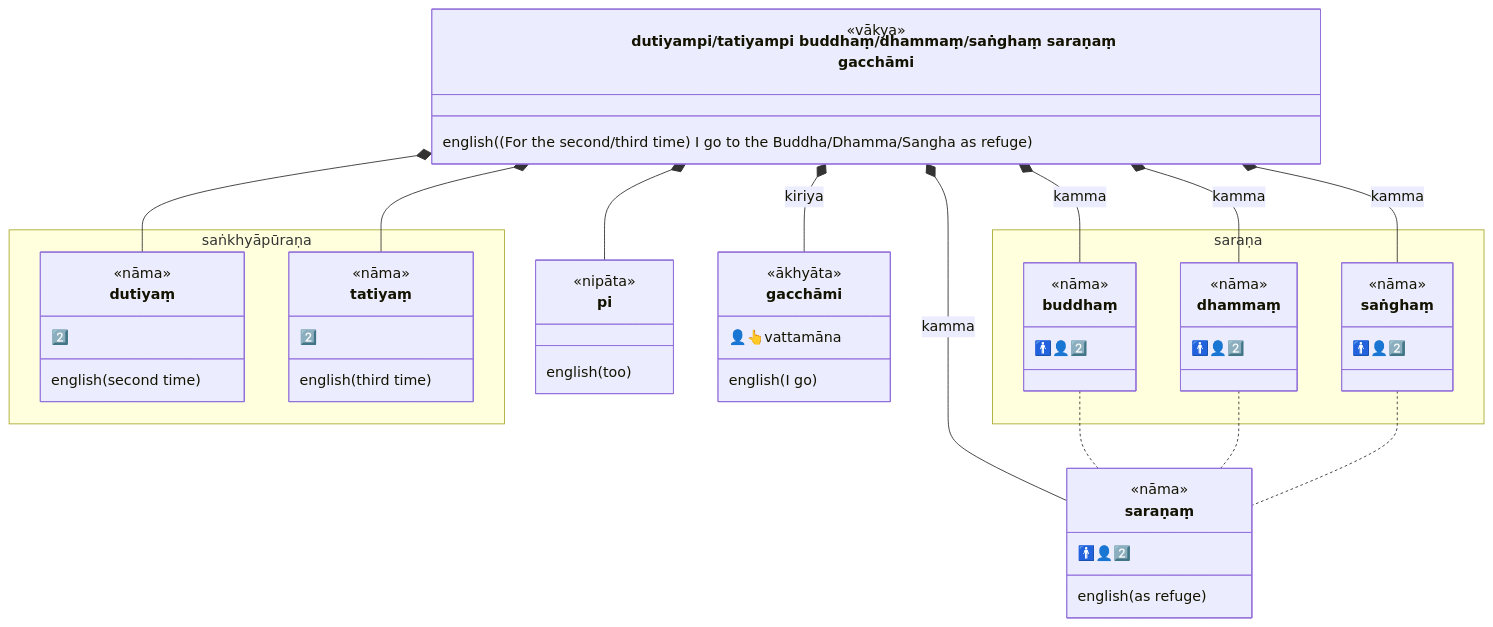
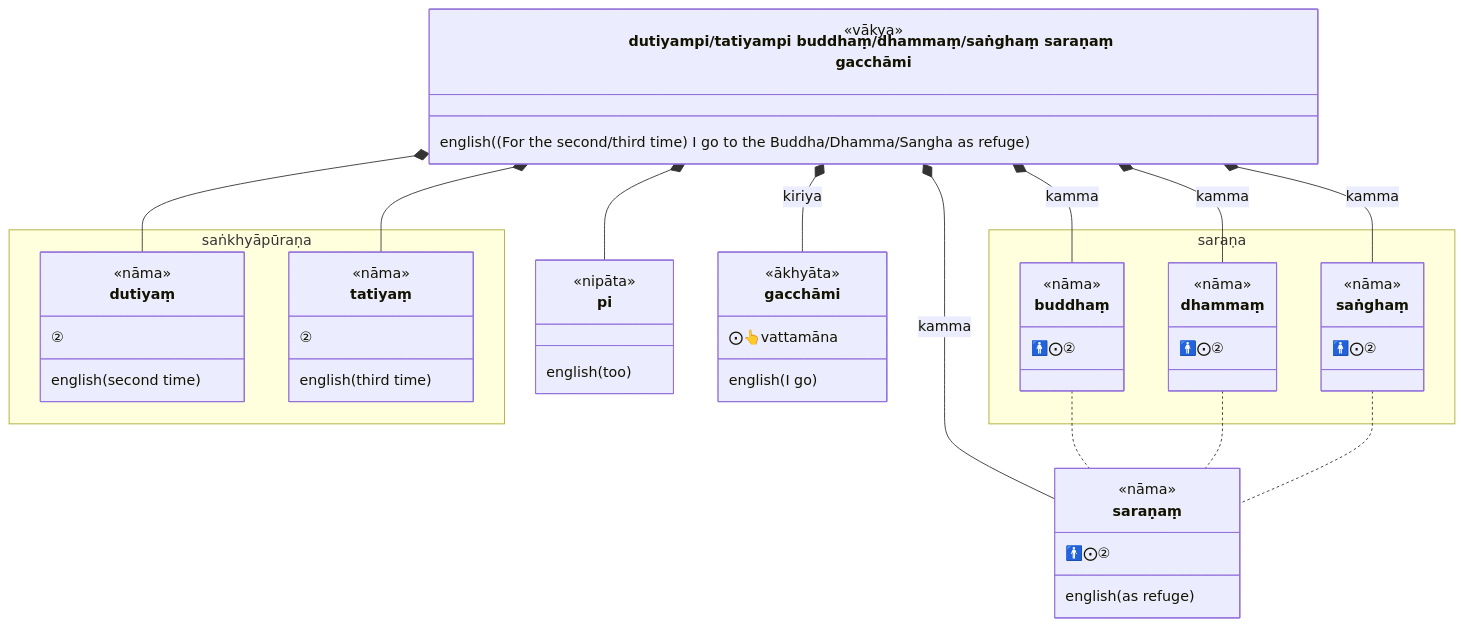
One commit to ChristineTham/buddhavacana changed the first of 3 diagrams in content/en/docs/Sutta/khuddaka/khuddakanikāya/khuddakapāṭha/saraṇattaya.md. Above: the diagram before and after it, drawn with Mermaid. The commit also changed 71 other files, not shown here.

````diff
--- a/content/en/docs/Sutta/khuddaka/khuddakanikāya/khuddakapāṭha/saraṇattaya.md
+++ b/content/en/docs/Sutta/khuddaka/khuddakanikāya/khuddakapāṭha/saraṇattaya.md
@@ -22,58 +22,58 @@
 ```mermaid
 classDiagram
   class sentence["dutiyampi/tatiyampi buddhaṃ/dhammaṃ/saṅghaṃ saraṇaṃ gacchāmi"] {
     <<vākya>>
     english((For the second/third time) I go to the Buddha/Dhamma/Sangha as refuge)
   }
   namespace saṅkhyāpūraṇa {
     class dutiyaṃ {
       <<nāma>>
-      2️⃣
+      ②
       english(second time)
     }
     class tatiyaṃ {
       <<nāma>>
-      2️⃣
+      ②
       english(third time)
     }
   }
   class pi {
     <<nipāta>>
     english(too)
   }
   namespace saraṇa {
     class buddhaṃ {
       <<nāma>>
-      🚹👤2️⃣
+      🚹⨀②
     }
     class dhammaṃ {
       <<nāma>>
-      🚹👤2️⃣
+      🚹⨀②
     }
     class saṅghaṃ {
       <<nāma>>
-      🚹👤2️⃣
+      🚹⨀②
     }
   }
   class saraṇaṃ {
     <<nāma>>
-     🚹👤2️⃣
+     🚹⨀②
     english(as refuge)
   }
   class gacchāmi {
     <<ākhyāta>>
-     👤👆vattamāna
+     ⨀👆vattamāna
     english(I go)
   }
   sentence *-- dutiyaṃ
   sentence *-- tatiyaṃ
   sentence *-- pi
   sentence *-- buddhaṃ : kamma
   sentence *-- dhammaṃ : kamma
   sentence *-- saṅghaṃ : kamma
   sentence *-- saraṇaṃ : kamma
   sentence *-- gacchāmi: kiriya
   buddhaṃ .. saraṇaṃ
   dhammaṃ .. saraṇaṃ
   saṅghaṃ .. saraṇaṃ
 ```
````
